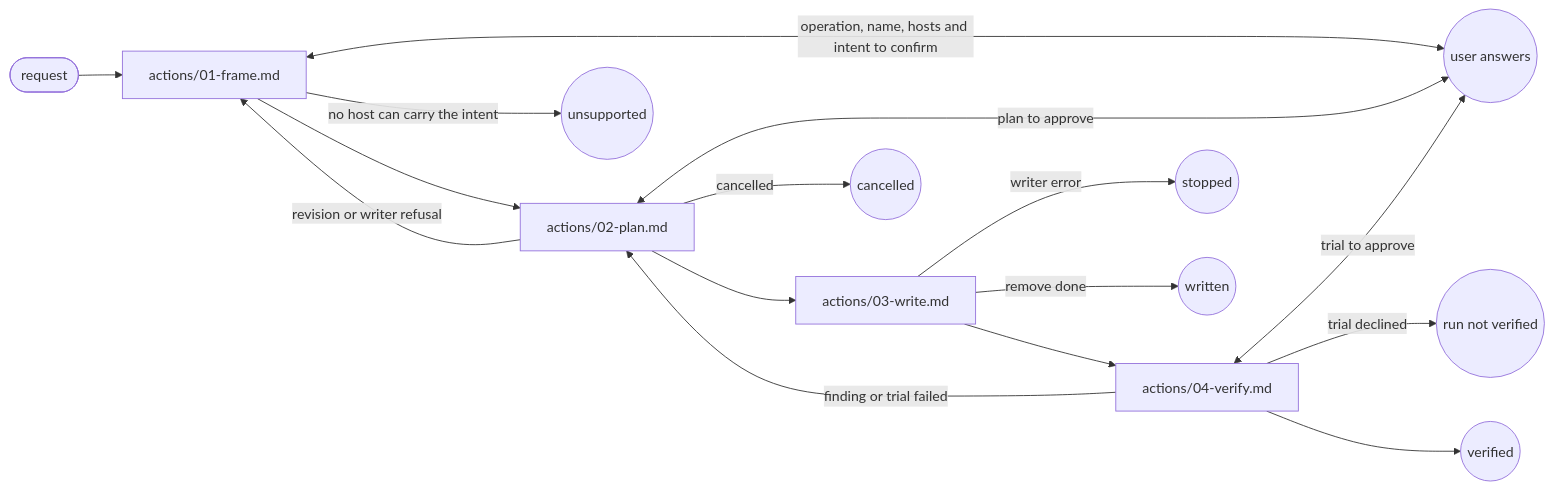
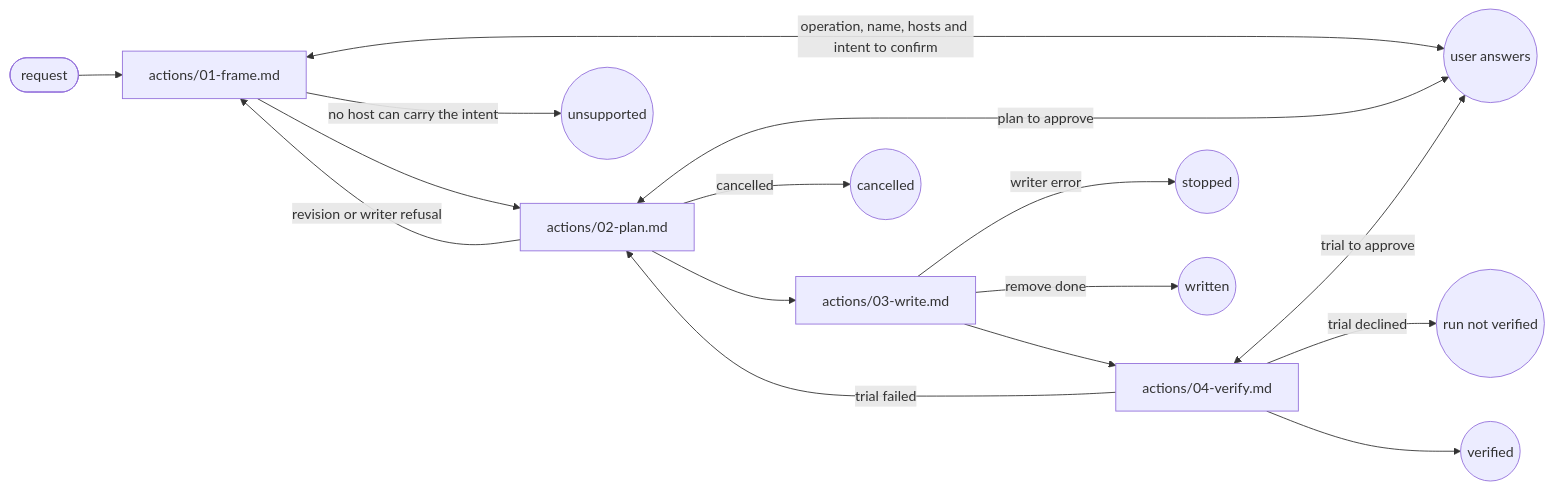
Before and after one commit to ai-driven-dev/framework: the diagram in plugins/aidd-context/skills/08-hook-generate/SKILL.md, drawn with Mermaid. The commit also changed 30 other files, not shown here.

````diff
--- a/plugins/aidd-context/skills/08-hook-generate/SKILL.md
+++ b/plugins/aidd-context/skills/08-hook-generate/SKILL.md
@@ -9,18 +9,18 @@
 ```mermaid
 flowchart LR
   entry([request]) --> frame["actions/01-frame.md"]
   frame <-->|"operation, name, hosts and intent to confirm"| user((user answers))
   frame -->|"no host can carry the intent"| unsupported((unsupported))
   frame --> plan["actions/02-plan.md"]
   plan <-->|"plan to approve"| user
   plan -->|"revision or writer refusal"| frame
   plan -->|"cancelled"| cancelled((cancelled))
   plan --> write["actions/03-write.md"]
   write -->|"writer error"| stopped((stopped))
   write -->|"remove done"| done((written))
   write --> verify["actions/04-verify.md"]
-  verify -->|"finding or trial failed"| plan
+  verify -->|"trial failed"| plan
   verify <-->|"trial to approve"| user
   verify -->|"trial declined"| unverified((run not verified))
   verify --> verified((verified))
 ```
````
